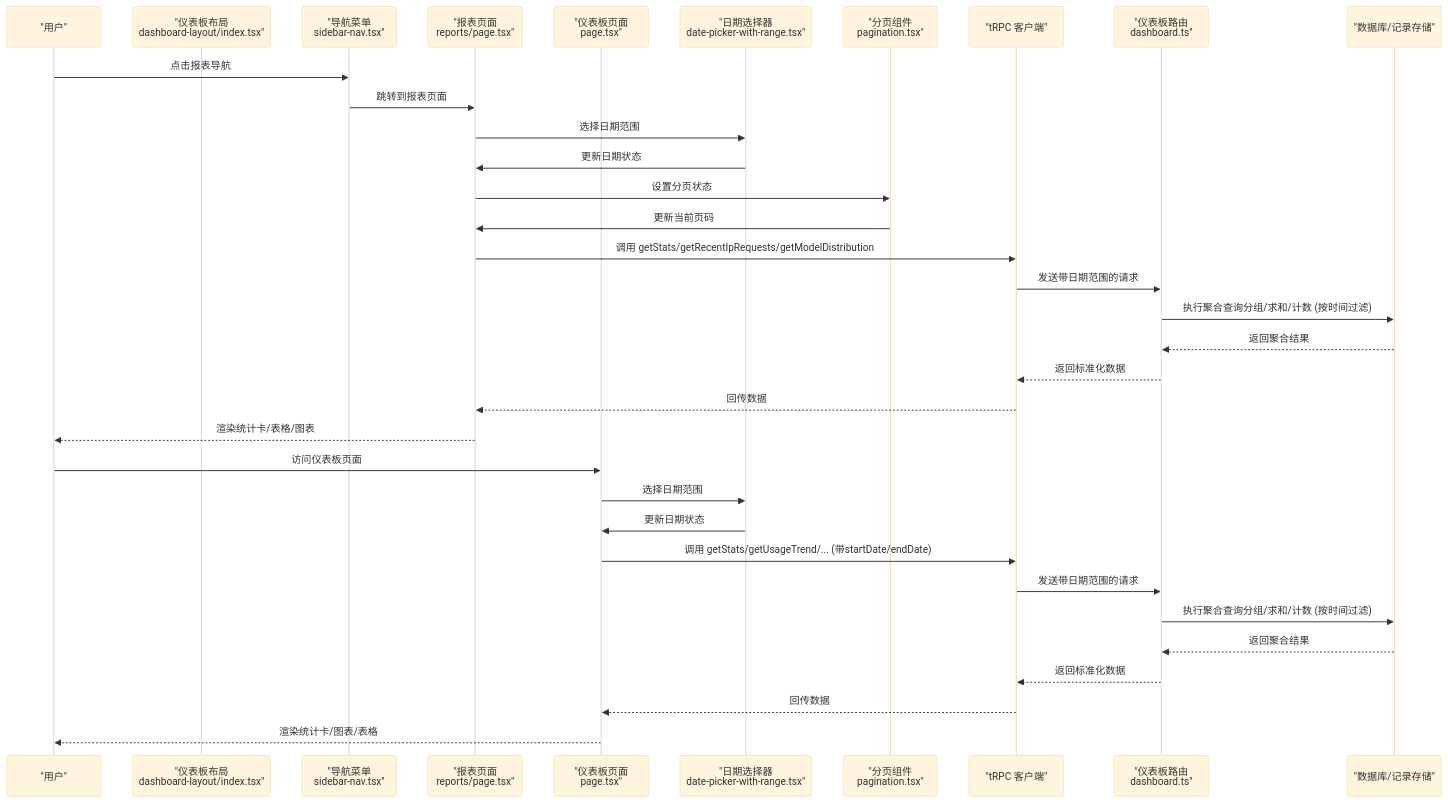
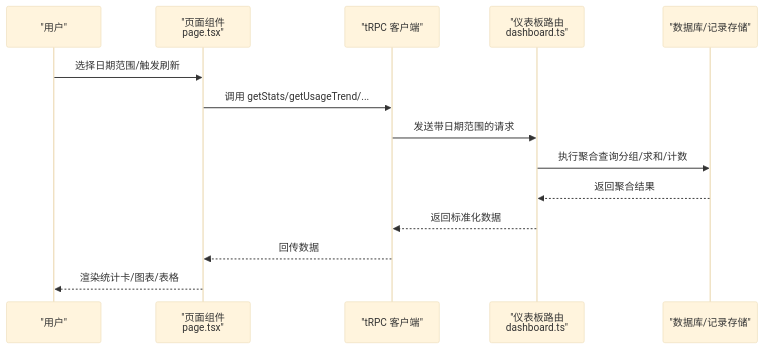
One commit to RadiumAg/AIGate changed the second of 9 diagrams in .qoder/repowiki/zh/content/监控与分析/仪表板组件.md. Above: the diagram before and after it, drawn with Mermaid (base theme). The commit also changed other lines of this file and 21 other files, not shown here.

````diff
--- a/.qoder/repowiki/zh/content/监控与分析/仪表板组件.md
+++ b/.qoder/repowiki/zh/content/监控与分析/仪表板组件.md
@@ -171,36 +110,16 @@
 ```mermaid
 sequenceDiagram
 participant U as "用户"
-participant L as "仪表板布局<br/>dashboard-layout/index.tsx"
-participant N as "导航菜单<br/>sidebar-nav.tsx"
-participant RP as "报表页面<br/>reports/page.tsx"
-participant P as "仪表板页面<br/>page.tsx"
-participant D as "日期选择器<br/>date-picker-with-range.tsx"
-participant PG as "分页组件<br/>pagination.tsx"
+participant P as "页面组件<br/>page.tsx"
 participant T as "tRPC 客户端"
 participant R as "仪表板路由<br/>dashboard.ts"
 participant DB as "数据库/记录存储"
-U->>N : 点击报表导航
-N->>RP : 跳转到报表页面
-RP->>D : 选择日期范围
-D->>RP : 更新日期状态
-RP->>PG : 设置分页状态
-PG->>RP : 更新当前页码
-RP->>T : 调用 getStats/getRecentIpRequests/getModelDistribution
+U->>P : 选择日期范围/触发刷新
+P->>T : 调用 getStats/getUsageTrend/...
 T->>R : 发送带日期范围的请求
-R->>DB : 执行聚合查询分组/求和/计数 (按时间过滤)
-DB-->>R : 返回聚合结果
-R-->>T : 返回标准化数据
-T-->>RP : 回传数据
-RP-->>U : 渲染统计卡/表格/图表
-U->>P : 访问仪表板页面
-P->>D : 选择日期范围
-D->>P : 更新日期状态
-P->>T : 调用 getStats/getUsageTrend/... (带startDate/endDate)
-T->>R : 发送带日期范围的请求
-R->>DB : 执行聚合查询分组/求和/计数 (按时间过滤)
+R->>DB : 执行聚合查询分组/求和/计数
 DB-->>R : 返回聚合结果
 R-->>T : 返回标准化数据
 T-->>P : 回传数据
 P-->>U : 渲染统计卡/图表/表格
 ```
````
